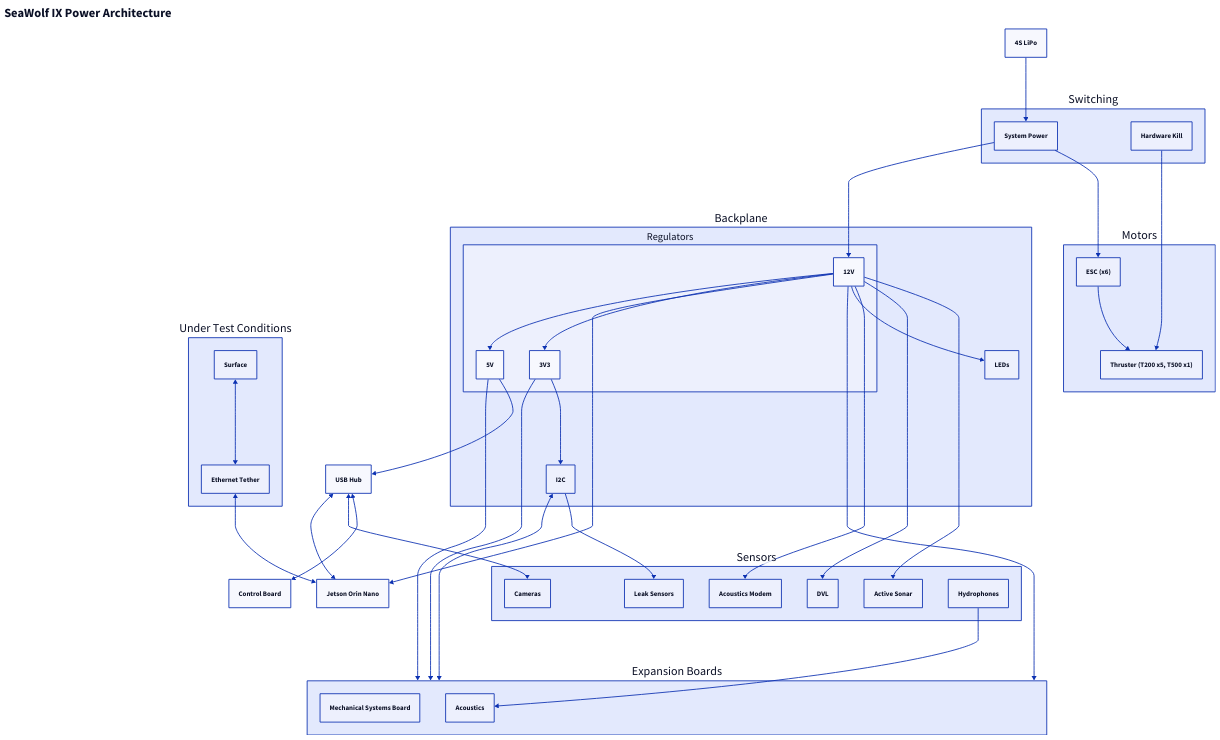
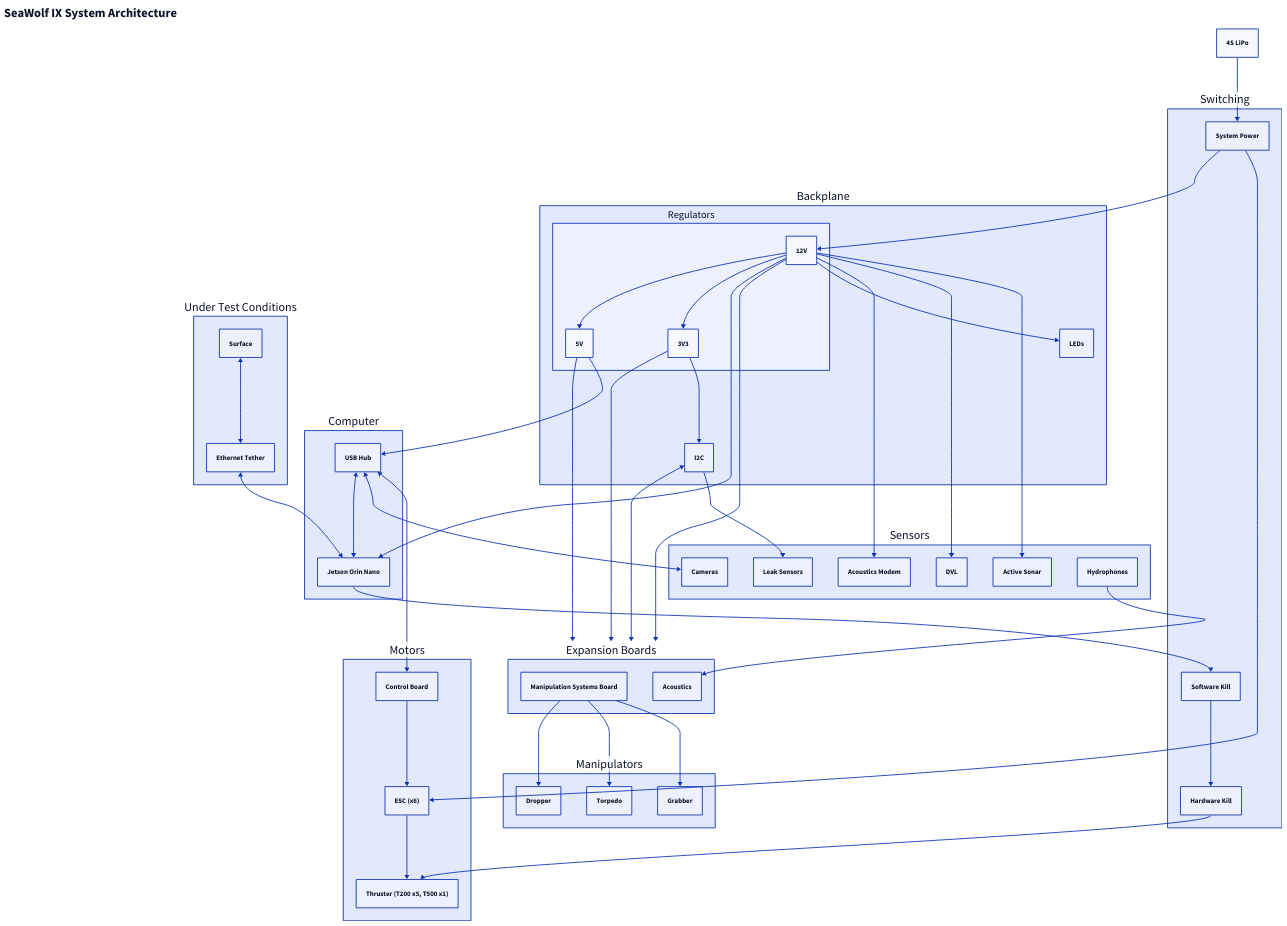
The diagram in docs/electrical/sysdesign/sw9-sys-architecture.d2 (ncsurobotics/SW9-Documentation), drawn with D2 before and after one commit. The commit also changed 1 other file, not shown here.

Commit message:
update diagrams

```diff
--- a/docs/electrical/sysdesign/sw9-sys-architecture.d2
+++ b/docs/electrical/sysdesign/sw9-sys-architecture.d2
@@ -1,88 +1,106 @@
-title: SeaWolf IX Power Architecture {
+title: SeaWolf IX System Architecture {
   near: top-left
   shape: text
   style: {
     font-size: 29
     bold: true
   }
 }
 
 battery: 4S LiPo
 
 test: Under Test Conditions {
   tether: Ethernet Tether
   surface: Surface
 }
 
 locomotion: Motors {
   esc: ESC (x6)
   thrusters: Thruster (T200 x5, T500 x1)
+  ctrl: Control Board
 }
 
 ex: Expansion Boards {
-  msys: Mechanical Systems Board
+  msys: Manipulation Systems Board
   ac: Acoustics
 }
 
 backplane: Backplane {
   i2c: I2C
   lights: LEDs
 
   regulators: Regulators {
     twelve: 12V
     five: 5V
     three: 3V3
   }
 }
 
 sensors: Sensors {
   modem: Acoustics Modem
   dvl: DVL
   sonar: Active Sonar
   cam: Cameras
   leak: Leak Sensors
   hydro: Hydrophones
 }
 
 switching: Switching {
     sys: System Power
-    hw: Hardware Kill
+    swkill: Software Kill
+    hwkill: Hardware Kill
 }
 
-orin: Jetson Orin Nano
-usb: USB Hub
-ctrl: Control Board
+computer: Computer {
+    orin: Jetson Orin Nano
+    usb: USB Hub
+}
+
+manipulators: Manipulators {
+    dropper: Dropper
+    torpedo: Torpedo
+    grabber: Grabber
+}
+
+ex.msys -> manipulators.dropper
+ex.msys -> manipulators.torpedo
+ex.msys -> manipulators.grabber
 
 battery -> switching.sys
 
 switching.sys -> backplane.regulators.twelve
 switching.sys -> locomotion.esc
+switching.swkill -> switching.hwkill
 locomotion.esc -> locomotion.thrusters
-locomotion.thrusters <- switching.hw
+locomotion.thrusters <- switching.hwkill
 
 backplane.regulators.twelve -> backplane.regulators.five
 backplane.regulators.twelve -> backplane.regulators.three
-backplane.regulators.twelve -> orin
+backplane.regulators.twelve -> computer.orin
 backplane.regulators.twelve -> ex
 backplane.regulators.twelve -> backplane.lights
 backplane.regulators.twelve -> sensors.modem
 backplane.regulators.twelve -> sensors.dvl
 backplane.regulators.twelve -> sensors.sonar
 
 backplane.regulators.five -> ex
-backplane.regulators.five -> usb
+backplane.regulators.five -> computer.usb
 
 backplane.regulators.three -> ex
 backplane.regulators.three -> backplane.i2c
 
 backplane.i2c <-> ex
 backplane.i2c -> sensors.leak
 
-usb <-> orin
-usb <-> sensors.cam
-usb <-> ctrl
+computer.usb <-> computer.orin
+computer.usb <-> sensors.cam
+computer.usb <-> locomotion.ctrl
+
+computer.orin -> switching.swkill
+
+locomotion.ctrl -> locomotion.esc
 
 sensors.hydro -> ex.ac
 
 test.surface <-> test.tether
-test.tether <-> orin
+test.tether <-> computer.orin
```
